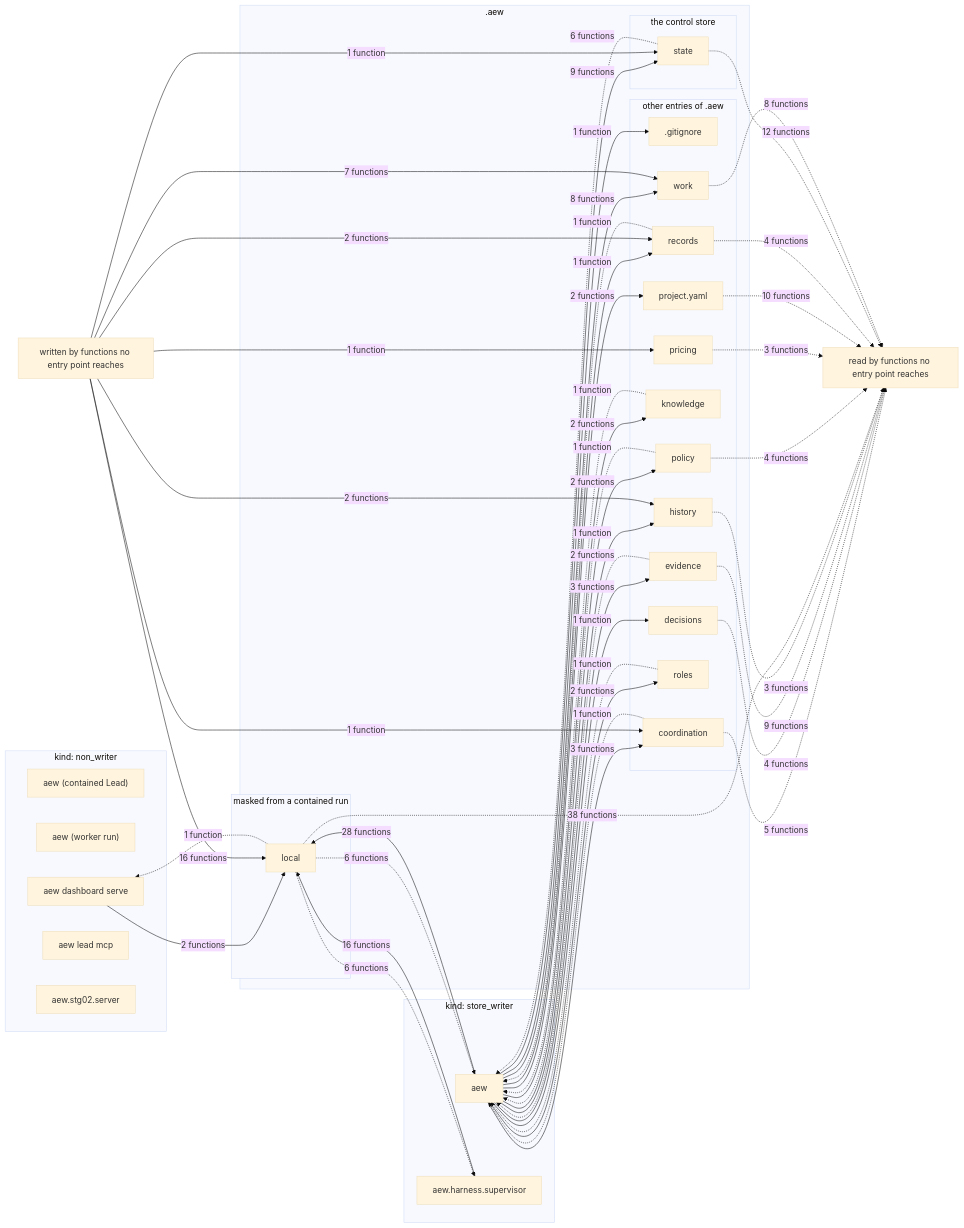
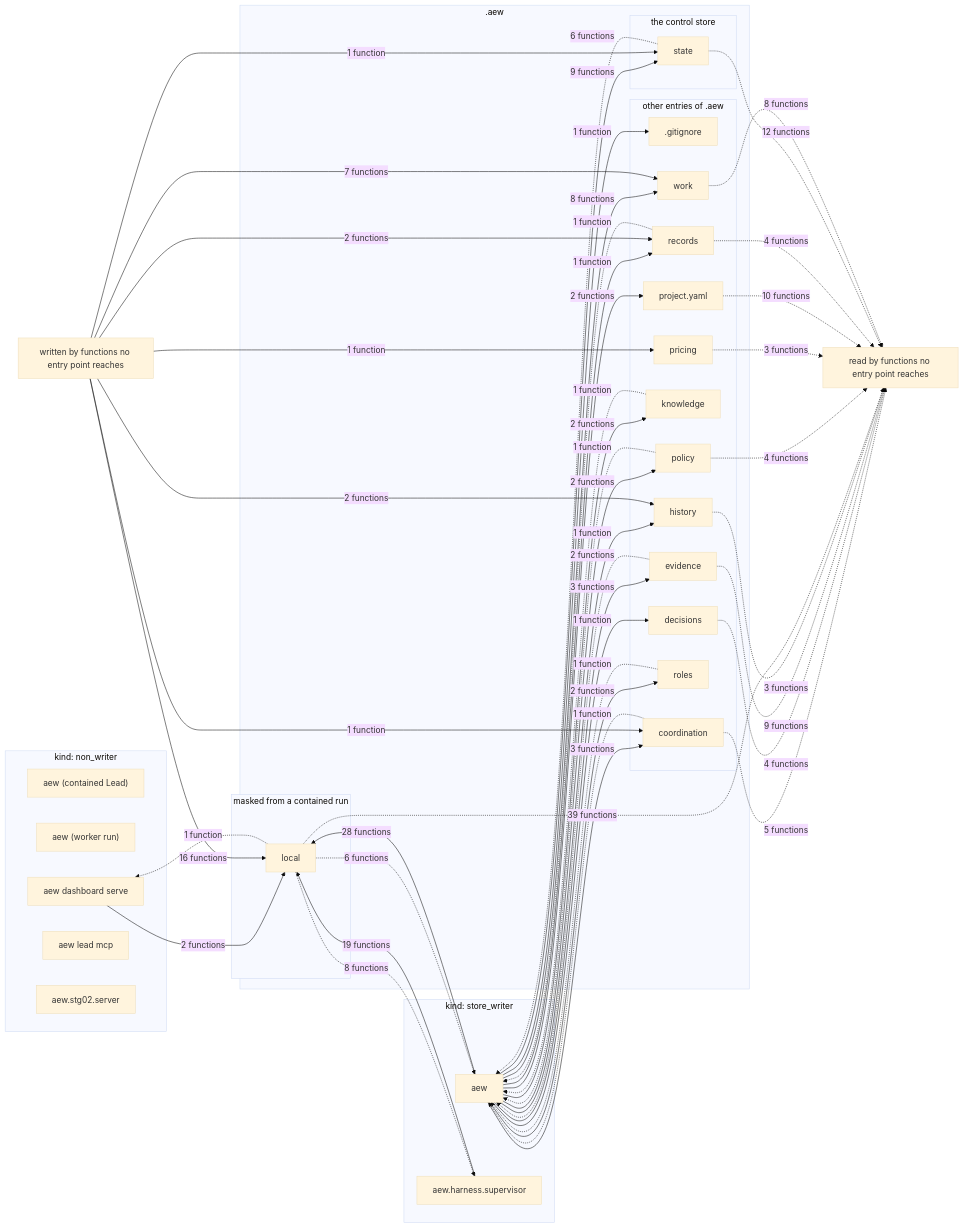
The diagram in docs/reference/data-flow.md (JonSmithTLT/Agentic-Engineering-Workflow), drawn with Mermaid (base theme) before and after one commit. The commit also changed other lines of this file and 43 other files, not shown here.

````diff
--- a/docs/reference/data-flow.md
+++ b/docs/reference/data-flow.md
@@ -5,81 +5,81 @@
 ```mermaid
 flowchart LR
     subgraph kind_non_writer["kind: non_writer"]
         proc_aew_contained_lead["aew (contained Lead)"]
         proc_aew_worker_run["aew (worker run)"]
         proc_aew_dashboard_serve["aew dashboard serve"]
         proc_aew_lead_mcp["aew lead mcp"]
         proc_aew_stg02_server["aew.stg02.server"]
     end
     subgraph kind_store_writer["kind: store_writer"]
         proc_aew["aew"]
         proc_aew_harness_supervisor["aew.harness.supervisor"]
     end
     subgraph aew_dir[".aew"]
         subgraph group_store["the control store"]
             path_state["state"]
         end
         subgraph group_masked["masked from a contained run"]
             path_local["local"]
         end
         subgraph group_other["other entries of .aew"]
             path_gitignore[".gitignore"]
             path_coordination["coordination"]
             path_decisions["decisions"]
             path_evidence["evidence"]
             path_history["history"]
             path_knowledge["knowledge"]
             path_policy["policy"]
             path_pricing["pricing"]
             path_project_yaml["project.yaml"]
             path_records["records"]
             path_roles["roles"]
             path_work["work"]
         end
     end
     no_writer["written by functions no entry point reaches"]
     no_reader["read by functions no entry point reaches"]
     proc_aew -->|"1 function"| path_gitignore
     proc_aew -->|"3 functions"| path_coordination
     proc_aew -->|"1 function"| path_decisions
     proc_aew -->|"3 functions"| path_evidence
     proc_aew -->|"1 function"| path_history
     proc_aew -->|"2 functions"| path_knowledge
     proc_aew -->|"28 functions"| path_local
     proc_aew -->|"2 functions"| path_policy
     proc_aew -->|"2 functions"| path_project_yaml
     proc_aew -->|"1 function"| path_records
     proc_aew -->|"2 functions"| path_roles
     proc_aew -->|"9 functions"| path_state
     proc_aew -->|"8 functions"| path_work
     proc_aew_dashboard_serve -->|"2 functions"| path_local
-    proc_aew_harness_supervisor -->|"16 functions"| path_local
+    proc_aew_harness_supervisor -->|"19 functions"| path_local
     no_writer -->|"1 function"| path_coordination
     no_writer -->|"2 functions"| path_history
     no_writer -->|"16 functions"| path_local
     no_writer -->|"1 function"| path_pricing
     no_writer -->|"2 functions"| path_records
     no_writer -->|"1 function"| path_state
     no_writer -->|"7 functions"| path_work
     path_coordination -.->|"1 function"| proc_aew
     path_evidence -.->|"2 functions"| proc_aew
     path_knowledge -.->|"1 function"| proc_aew
     path_local -.->|"6 functions"| proc_aew
     path_policy -.->|"1 function"| proc_aew
     path_records -.->|"1 function"| proc_aew
     path_roles -.->|"1 function"| proc_aew
     path_state -.->|"6 functions"| proc_aew
     path_local -.->|"1 function"| proc_aew_dashboard_serve
-    path_local -.->|"6 functions"| proc_aew_harness_supervisor
+    path_local -.->|"8 functions"| proc_aew_harness_supervisor
     path_coordination -.->|"5 functions"| no_reader
     path_decisions -.->|"4 functions"| no_reader
     path_evidence -.->|"9 functions"| no_reader
     path_history -.->|"3 functions"| no_reader
-    path_local -.->|"38 functions"| no_reader
+    path_local -.->|"39 functions"| no_reader
     path_policy -.->|"4 functions"| no_reader
     path_pricing -.->|"3 functions"| no_reader
     path_project_yaml -.->|"10 functions"| no_reader
     path_records -.->|"4 functions"| no_reader
     path_state -.->|"12 functions"| no_reader
     path_work -.->|"8 functions"| no_reader
 ```
````
